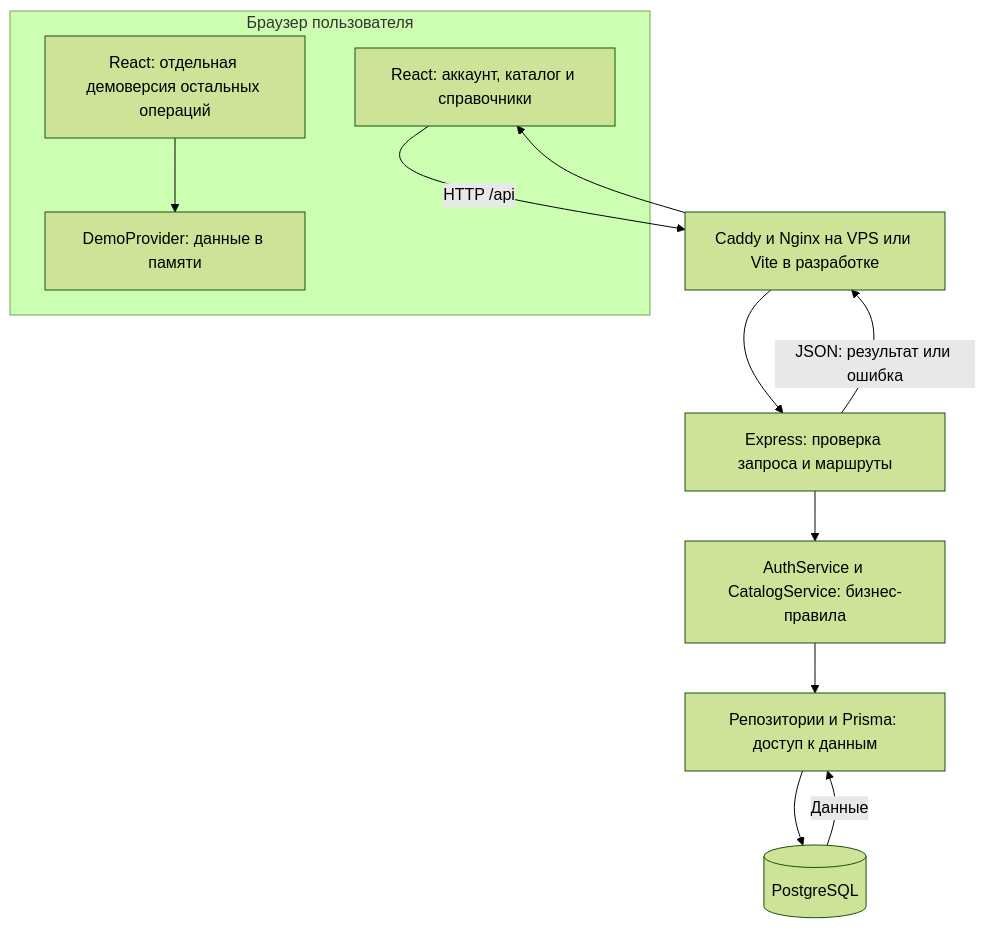
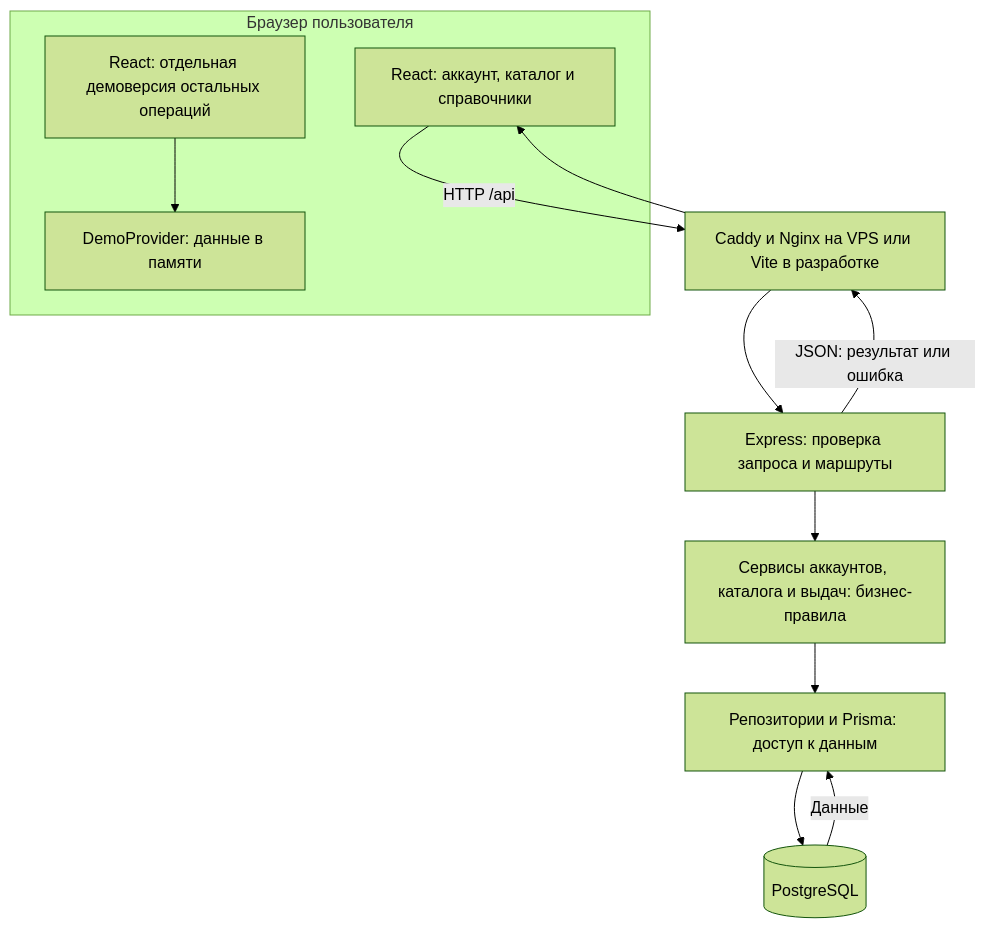
The first of 3 diagrams in docs/architecture.md (Samirrrrr123/college-inventory), drawn with Mermaid (forest theme) before and after one commit. The commit also changed other lines of this file and 32 other files, not shown here.

````diff
--- a/docs/architecture.md
+++ b/docs/architecture.md
@@ -7,22 +7,22 @@
 ```mermaid
 flowchart TB
     subgraph Browser[Браузер пользователя]
         Account[React: аккаунт, каталог и справочники]
         Screens[React: отдельная демоверсия остальных операций]
         Demo[DemoProvider: данные в памяти]
         Screens --> Demo
     end
     Proxy[Caddy и Nginx на VPS или Vite в разработке]
     Controller[Express: проверка запроса и маршруты]
-    Service[AuthService и CatalogService: бизнес-правила]
+    Service[Сервисы аккаунтов, каталога и выдач: бизнес-правила]
     Repository[Репозитории и Prisma: доступ к данным]
     Database[(PostgreSQL)]
     Account -->|HTTP /api| Proxy
     Proxy --> Controller
     Controller --> Service
     Service --> Repository
     Repository --> Database
     Database -->|Данные| Repository
     Controller -->|JSON: результат или ошибка| Proxy
     Proxy --> Account
 ```
````
